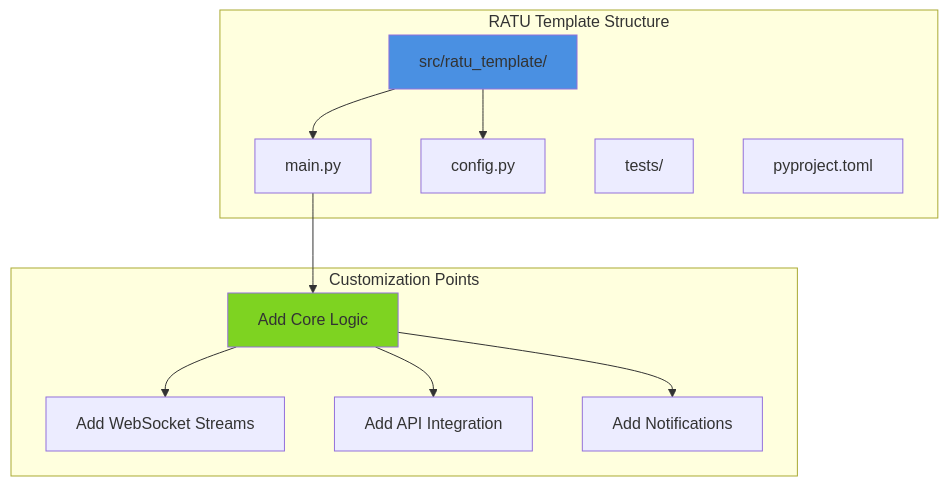
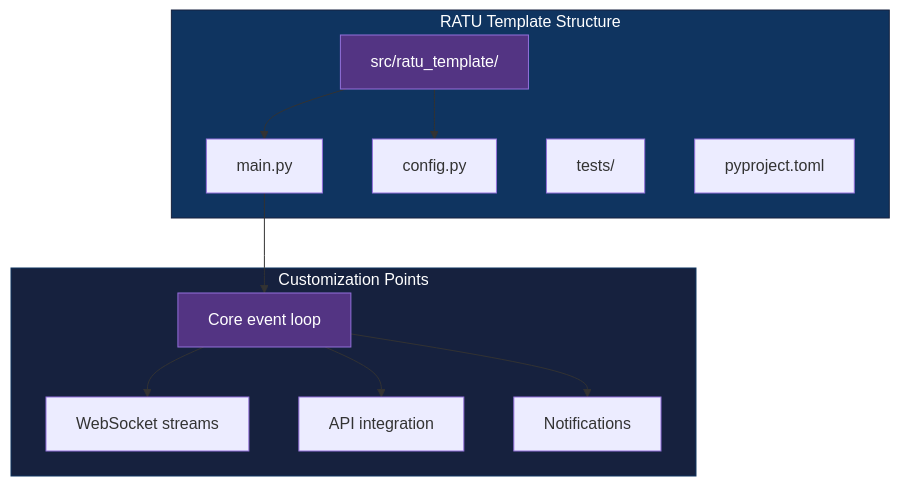
Before and after one commit to adityonugrohoid/ratu-template: the diagram in README.md, drawn with Mermaid. The commit also changed other lines of this file, not shown here.

Commit message:
docs: standardize README to house template (#1)

````diff
--- a/README.md
+++ b/README.md
@@ -15,28 +38,29 @@
 ```mermaid
 flowchart TB
-    subgraph "RATU Template Structure"
+    subgraph Template["RATU Template Structure"]
         SRC["src/ratu_template/"]
         MAIN["main.py"]
         CONFIG["config.py"]
         TESTS["tests/"]
         PYPROJ["pyproject.toml"]
     end
-    
-    subgraph "Customization Points"
-        CORE["Add Core Logic"]
-        WS["Add WebSocket Streams"]
-        API["Add API Integration"]
-        NOTIF["Add Notifications"]
+
+    subgraph Customization["Customization Points"]
+        CORE["Core event loop"]
+        WS["WebSocket streams"]
+        API["API integration"]
+        NOTIF["Notifications"]
     end
-    
+
     SRC --> MAIN
     SRC --> CONFIG
-    
     MAIN --> CORE
     CORE --> WS
     CORE --> API
     CORE --> NOTIF
-    
-    style SRC fill:#4A90E2
-    style CORE fill:#7ED321
+
+    style Template fill:#0f3460,stroke:#16213e,color:#fff
+    style Customization fill:#16213e,stroke:#0f3460,color:#fff
+    style SRC fill:#533483,color:#fff
+    style CORE fill:#533483,color:#fff
 ```
````
